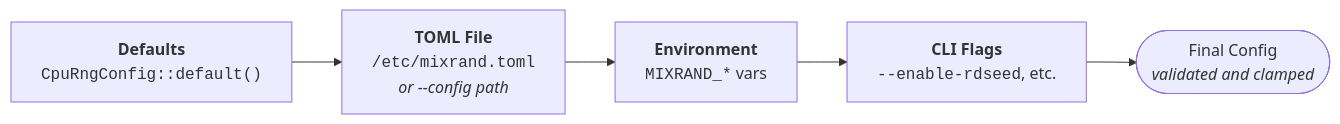
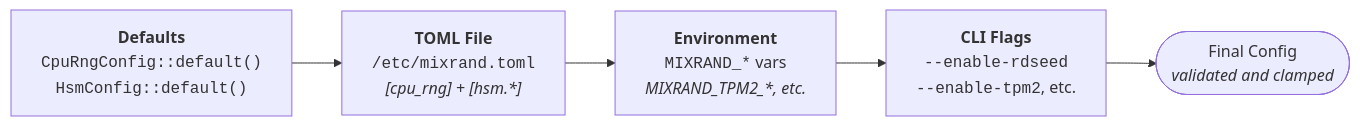
The seventh of 12 diagrams in README.md (sonoransun/entropy-svc), drawn with Mermaid before and after one commit. The commit also changed other lines of this file and 19 other files, not shown here.

````diff
--- a/README.md
+++ b/README.md
@@ -300,9 +328,9 @@
 ```mermaid
 flowchart LR
-    D["<b>Defaults</b><br/><code>CpuRngConfig::default()</code>"]
-    T["<b>TOML File</b><br/><code>/etc/mixrand.toml</code><br/><i>or --config path</i>"]
-    E["<b>Environment</b><br/><code>MIXRAND_*</code> vars"]
-    C["<b>CLI Flags</b><br/><code>--enable-rdseed</code>, etc."]
+    D["<b>Defaults</b><br/><code>CpuRngConfig::default()</code><br/><code>HsmConfig::default()</code>"]
+    T["<b>TOML File</b><br/><code>/etc/mixrand.toml</code><br/><i>[cpu_rng] + [hsm.*]</i>"]
+    E["<b>Environment</b><br/><code>MIXRAND_*</code> vars<br/><i>MIXRAND_TPM2_*, etc.</i>"]
+    C["<b>CLI Flags</b><br/><code>--enable-rdseed</code><br/><code>--enable-tpm2</code>, etc."]
 
     D --> T --> E --> C --> Final(["Final Config<br/><i>validated and clamped</i>"])
 ```
````
